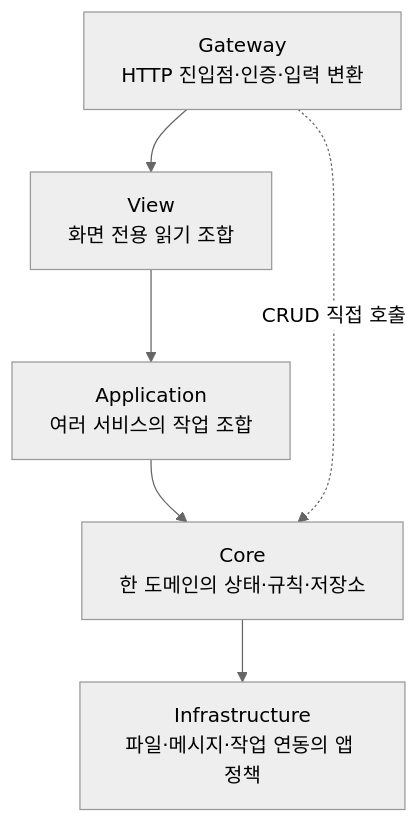
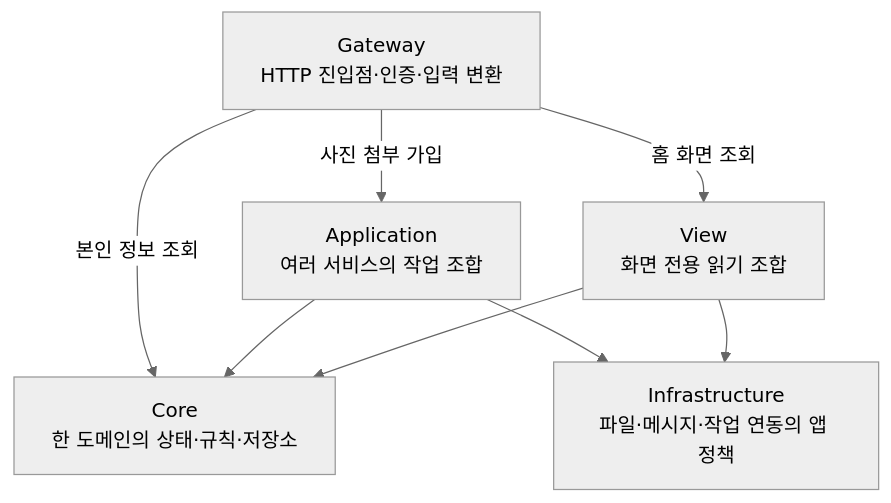
Before and after one commit to mannercode/nest-seed: the diagram in apps/api/README.md, drawn with Mermaid (neutral theme). The commit also changed other lines of this file and 17 other files, not shown here.

````diff
--- a/apps/api/README.md
+++ b/apps/api/README.md
@@ -7,10 +9,15 @@
 ```mermaid
 flowchart TB
     Gateway["Gateway<br/>HTTP 진입점·인증·입력 변환"]
     View["View<br/>화면 전용 읽기 조합"]
     Application["Application<br/>여러 서비스의 작업 조합"]
     Core["Core<br/>한 도메인의 상태·규칙·저장소"]
     Infrastructure["Infrastructure<br/>파일·메시지·작업 연동의 앱 정책"]
-    Gateway --> View --> Application --> Core --> Infrastructure
-    Gateway -. CRUD 직접 호출 .-> Core
+    Gateway -->|본인 정보 조회| Core
+    Gateway -->|사진 첨부 가입| Application
+    Gateway -->|홈 화면 조회| View
+    Application --> Core
+    Application --> Infrastructure
+    View --> Core
+    View --> Infrastructure
 ```
````
